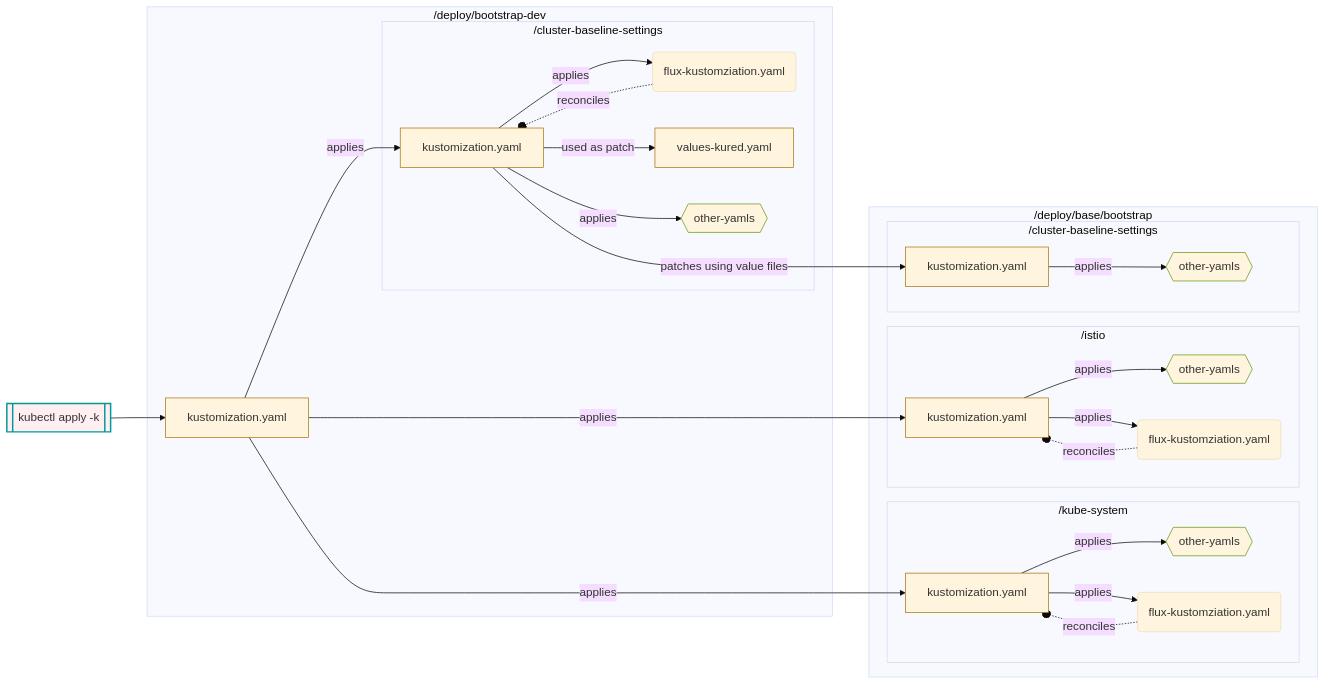
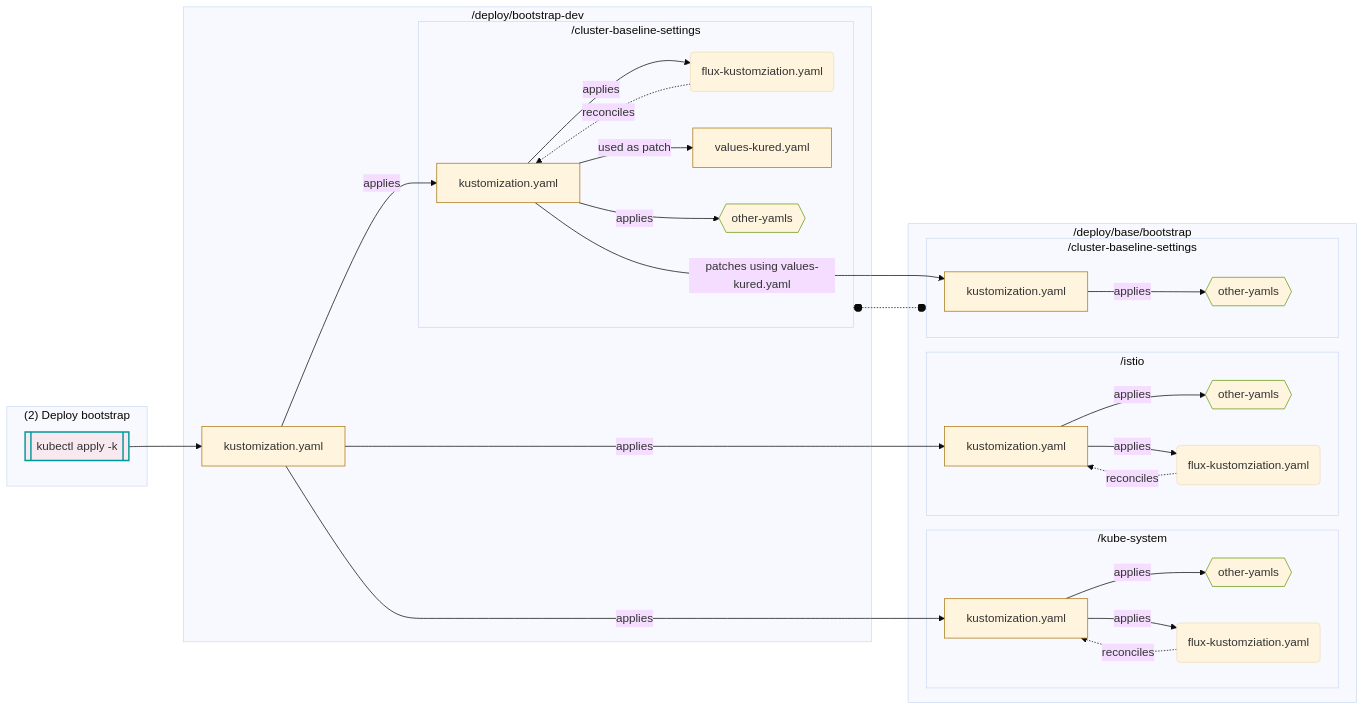
Before and after one commit to retaildevcrews/ngsa-asb: the third of 4 diagrams in docs/FluxDirStructure.md, drawn with Mermaid (base theme). The commit also changed other lines of this file, not shown here.

Commit message:
Small modification to Flowchart

````diff
--- a/docs/FluxDirStructure.md
+++ b/docs/FluxDirStructure.md
@@ -116,77 +122,81 @@
 ```mermaid
 flowchart LR
     classDef k8s stroke:#a71
     classDef other stroke:#691
     classDef start fill:#f121,stroke:#099,stroke-width:2px;
     
     %% Node definitions
     k8skust_root[kustomization.yaml]:::k8s
     k8skust_cb[kustomization.yaml]:::k8s
     base_kube[kustomization.yaml]:::k8s
     base_istio[kustomization.yaml]:::k8s
     base_cb[kustomization.yaml]:::k8s
     flux-kust(flux-kustomziation.yaml)
     values-kured[values-kured.yaml]:::k8s
     other-yamls{{"other-yamls"}}:::other
     bcb_yaml{{"other-yamls"}}:::other
 
     bistio_yaml{{"other-yamls"}}:::other
     bistio_flux("flux-kustomziation.yaml")
 
     bksys_yaml{{"other-yamls"}}:::other
     bksys_flux("flux-kustomziation.yaml")
 
     %% Total graph
     apply[["kubectl apply -k"]]:::start --> k8skust_root
     k8skust_root -->|applies| k8skust_cb
     k8skust_root -->|applies| base_kube
     k8skust_root -->|applies| base_istio
 
     %% bootstrap cluster-baseline
-    k8skust_cb   --->|patches using value files| base_cb
     k8skust_cb   -->|applies| flux-kust
     k8skust_cb   --used as patch--> values-kured
     k8skust_cb   -->|applies| other-yamls
-    flux-kust    -.reconciles.-o k8skust_cb
+    flux-kust    -.reconciles.-> k8skust_cb
+    k8skust_cb   -->|patches using values-kured.yaml| base_cb
     
     %% base cluser-baseline-settings
     base_cb -->|applies| bcb_yaml
 
     %% base istio
     base_istio -->|applies| bistio_flux
     base_istio -->|applies| bistio_yaml
-    bistio_flux -.reconciles.-o base_istio
+    bistio_flux -.reconciles.-> base_istio
 
     %% %base kube-system
-    bksys_flux -.reconciles.-o base_kube
+    bksys_flux -.reconciles.-> base_kube
     base_kube -->|applies| bksys_yaml
     base_kube -->|applies| bksys_flux
 
     subgraph bst ["/deploy/bootstrap-dev"]
-        k8skust_root
         subgraph bootstrap-cb ["/cluster-baseline-settings"]
             k8skust_cb
             other-yamls
+            values-kured
             flux-kust
-            values-kured
         end
+        k8skust_root
     end
-    subgraph bboot ["/deploy/base/bootstrap"]
+    subgraph base-boot ["/deploy/base/bootstrap"]
         subgraph kks ["/kube-system"]
-        base_kube
-        bksys_flux
-        bksys_yaml
+            base_kube
+            bksys_flux
+            bksys_yaml
         end
 
         subgraph istio ["/istio"]
-        base_istio
-        bistio_flux
-        bistio_yaml
+            base_istio
+            bistio_flux
+            bistio_yaml
+        end
+        subgraph base-cb ["/cluster-baseline-settings"]
+            base_cb
+            bcb_yaml
         end
 
-        subgraph base-cb ["/cluster-baseline-settings"]
-        base_cb
-        bcb_yaml
-        end
     end
+    subgraph "(2) Deploy bootstrap"
+        apply
+    end
+    bootstrap-cb o-..-o base-cb
 ```
````
